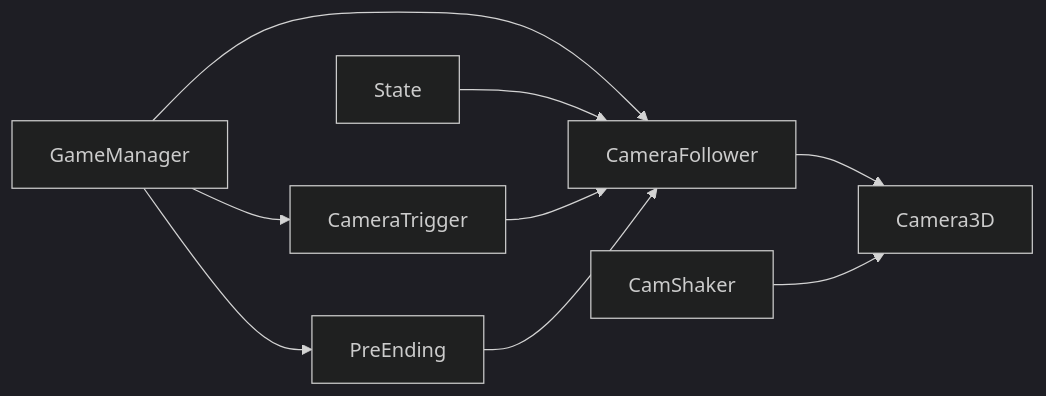
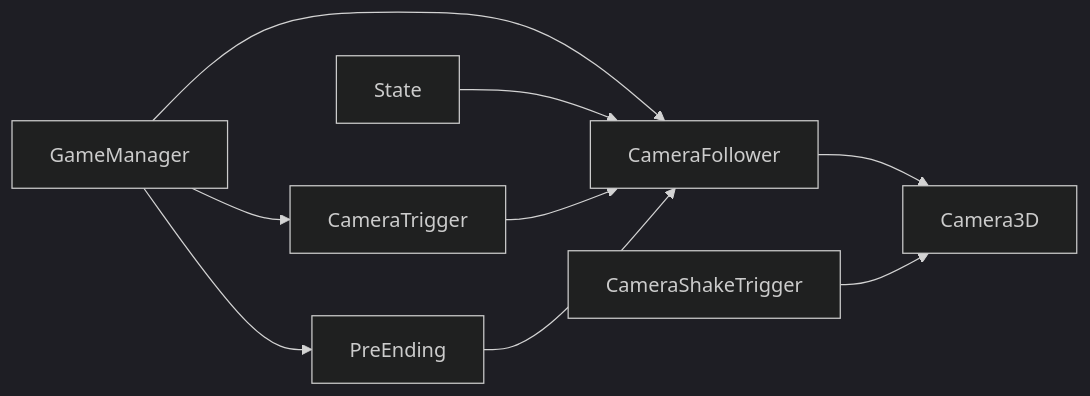
Before and after one commit to godotline/godot-line: diagram 12 of 12 in .qoder/repowiki/zh/content/游戏系统/相机系统/相机跟随系统.md, drawn with Mermaid (dark theme). The commit also changed other lines of this file and 55 other files, not shown here.

````diff
--- a/.qoder/repowiki/zh/content/游戏系统/相机系统/相机跟随系统.md
+++ b/.qoder/repowiki/zh/content/游戏系统/相机系统/相机跟随系统.md
@@ -468,11 +479,11 @@
 ```mermaid
 graph LR
 GM["GameManager"] --> CF["CameraFollower"]
 GM --> CT["CameraTrigger"]
 GM --> PE["PreEnding"]
 ST["State"] --> CF
 CF --> CAM["Camera3D"]
 CT --> CF
 PE --> CF
-CS["CamShaker"] --> CAM
+CSH["CameraShakeTrigger"] --> CAM
 ```
````
